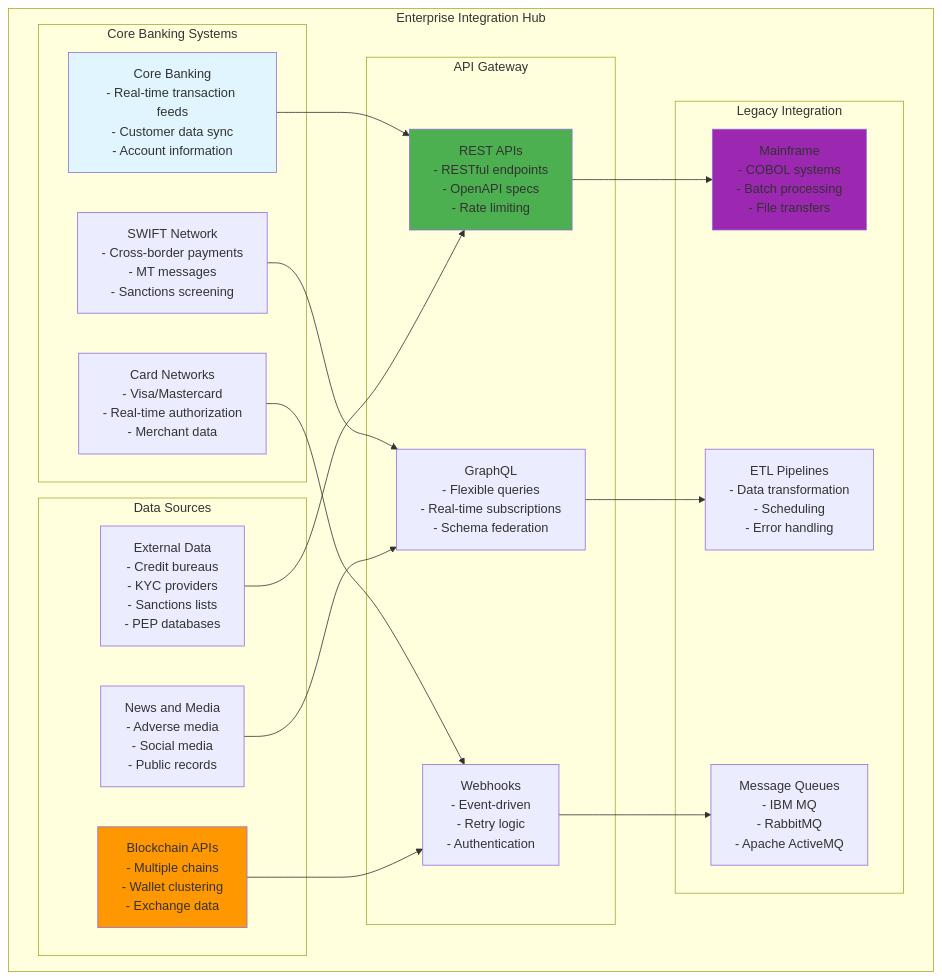
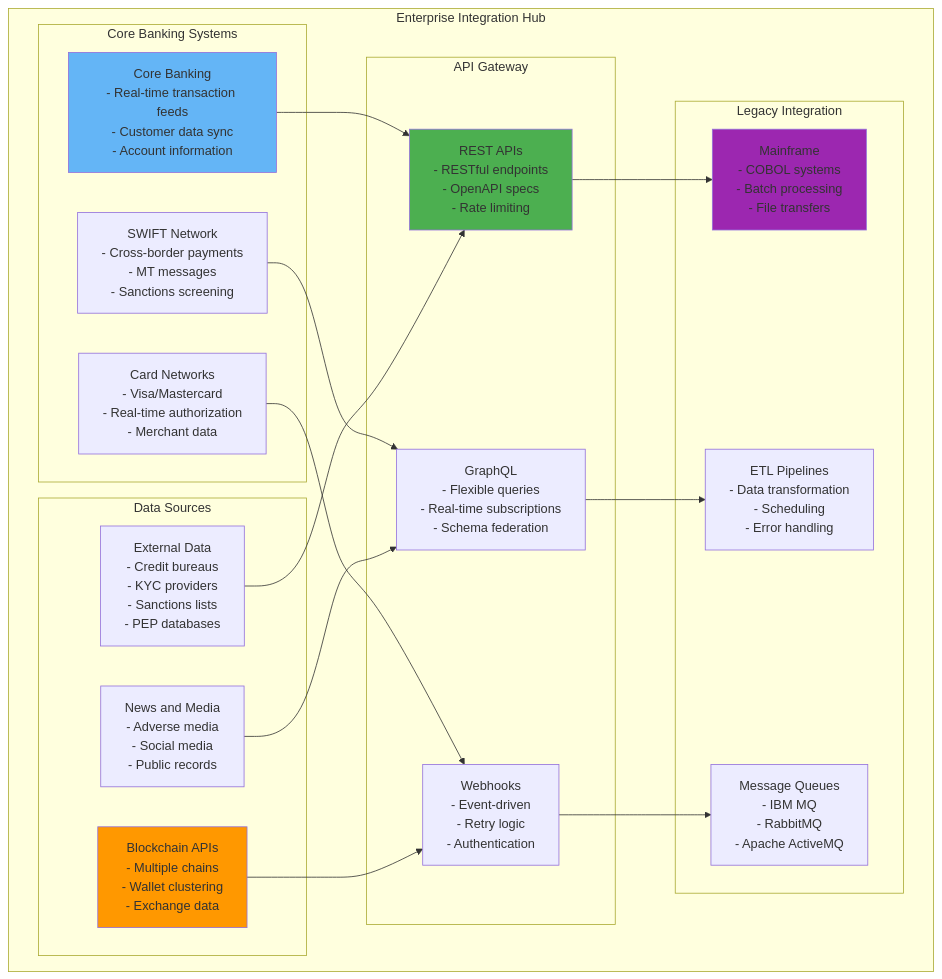
One commit to gregorizeidler-cw/LavandowskI-Chatbot changed diagram 12 of 12 in README.md. Above: the diagram before and after it, drawn with Mermaid. The commit also changed other lines of this file, not shown here.

````diff
--- a/README.md
+++ b/README.md
@@ -1513,45 +1513,45 @@
 ```mermaid
 graph TB
     subgraph "Enterprise Integration Hub"
         subgraph "Core Banking Systems"
             CBS[Core Banking<br/>- Real-time transaction feeds<br/>- Customer data sync<br/>- Account information]
             SWIFT[SWIFT Network<br/>- Cross-border payments<br/>- MT messages<br/>- Sanctions screening]
             CARD[Card Networks<br/>- Visa/Mastercard<br/>- Real-time authorization<br/>- Merchant data]
         end
         
         subgraph "Data Sources"
             EXTERNAL[External Data<br/>- Credit bureaus<br/>- KYC providers<br/>- Sanctions lists<br/>- PEP databases]
             NEWS[News and Media<br/>- Adverse media<br/>- Social media<br/>- Public records]
             BLOCKCHAIN[Blockchain APIs<br/>- Multiple chains<br/>- Wallet clustering<br/>- Exchange data]
         end
         
         subgraph "API Gateway"
             REST[REST APIs<br/>- RESTful endpoints<br/>- OpenAPI specs<br/>- Rate limiting]
             GRAPHQL[GraphQL<br/>- Flexible queries<br/>- Real-time subscriptions<br/>- Schema federation]
             WEBHOOK[Webhooks<br/>- Event-driven<br/>- Retry logic<br/>- Authentication]
         end
         
         subgraph "Legacy Integration"
             MAINFRAME[Mainframe<br/>- COBOL systems<br/>- Batch processing<br/>- File transfers]
             ETL[ETL Pipelines<br/>- Data transformation<br/>- Scheduling<br/>- Error handling]
             MESSAGE[Message Queues<br/>- IBM MQ<br/>- RabbitMQ<br/>- Apache ActiveMQ]
         end
     end
     
     CBS --> REST
     SWIFT --> GRAPHQL
     CARD --> WEBHOOK
     
     EXTERNAL --> REST
     NEWS --> GRAPHQL
     BLOCKCHAIN --> WEBHOOK
     
     REST --> MAINFRAME
     GRAPHQL --> ETL
     WEBHOOK --> MESSAGE
     
-    style CBS fill:#e1f5fe
+    style CBS fill:#64b5f6
     style BLOCKCHAIN fill:#ff9800
     style REST fill:#4caf50
     style MAINFRAME fill:#9c27b0
 ```
````
